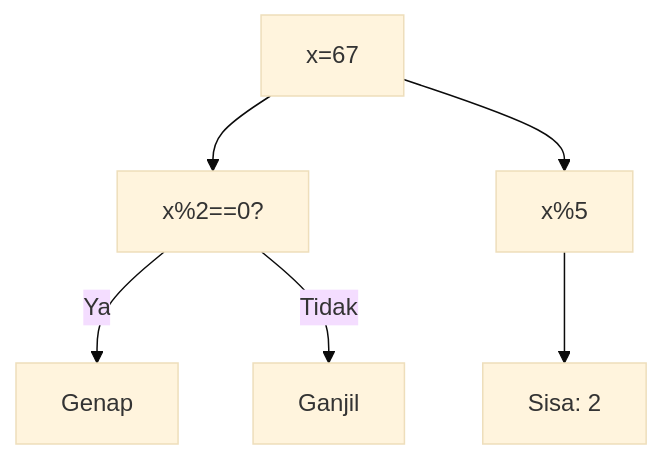
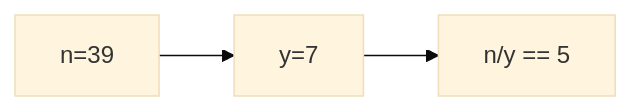
Before and after one commit to amnahwaida/OSNK_INF_PREP: the sixth of 25 diagrams in part-c-pemahaman-cpp/01-tipe-data/latihan/set-01.md, drawn with Mermaid (base theme). The commit also changed other lines of this file and 71 other files, not shown here.

````diff
--- a/part-c-pemahaman-cpp/01-tipe-data/latihan/set-01.md
+++ b/part-c-pemahaman-cpp/01-tipe-data/latihan/set-01.md
@@ -146,8 +158,5 @@
 ```mermaid
-graph TD
-A["x=67"] --> B["x%2==0?"]
-B -- Ya --> C["Genap"]
-B -- Tidak --> D["Ganjil"]
-A --> E["x%5"]
-E --> F["Sisa: 2"]
+graph LR
+A["n=39"] --> B["y=7"]
+B --> C["n/y == 5"]
 ```
````
